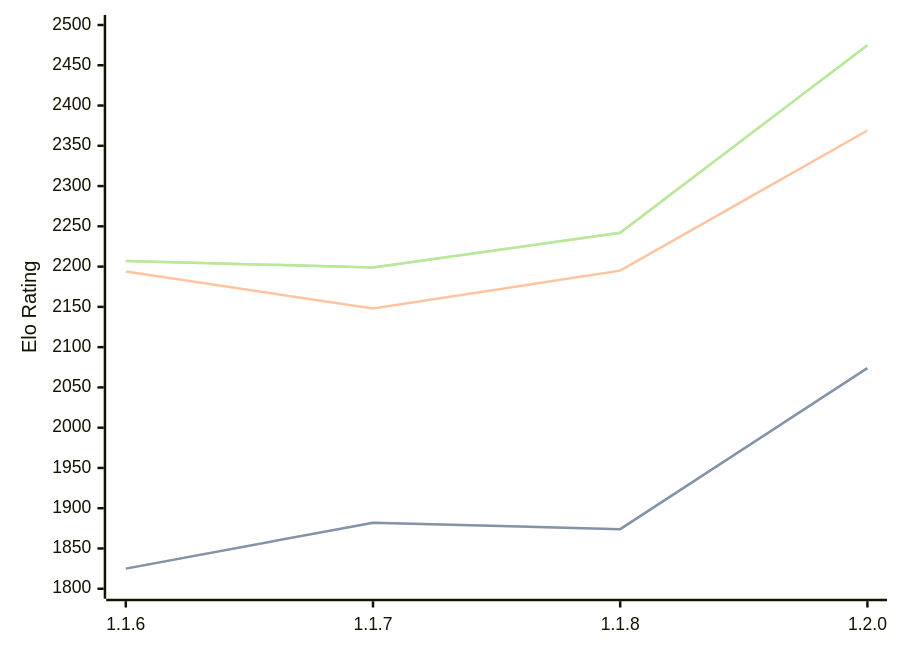
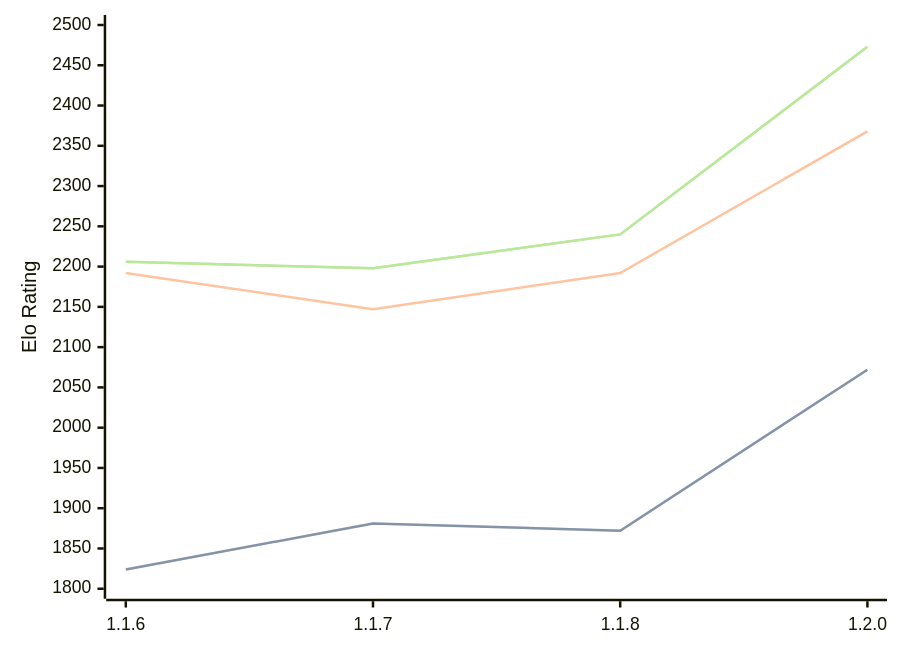
Before and after one commit to computer-chess-index/cci: the diagram in engines/Soomi.md, drawn with Mermaid. The commit also changed other lines of this file, not shown here.

Commit message:
Update CCI Ratings (ELO VLTC) - 2026-02-18

````diff
--- a/engines/Soomi.md
+++ b/engines/Soomi.md
@@ -31,11 +31,11 @@
 ```mermaid
 %%{init: {"theme":"base","themeVariables":{"seriesColors:['#a3a3a3','#222221','#faa371']}}}%%
 xychart-beta
   x-axis ["1.1.6", "1.1.7", "1.1.8", "1.2.0"]
   y-axis "Elo Rating" 1800 --> 2500
-  line "STC (8.0+0.08s)" [1825, 1882, 1874, 2074]
-  line "STC (8.0+0.08s)" [1825, 1882, 1874, 2074]
-  line "LTC (60.0+0.60s)" [2194, 2148, 2195, 2369]
-  line "VLTC (2m24s+1.12s)" [2207, 2199, 2242, 2475]
-  line "VLTC (2m24s+1.12s)" [2207, 2199, 2242, 2475]
+  line "STC (8.0+0.08s)" [1824, 1881, 1872, 2072]
+  line "STC (8.0+0.08s)" [1824, 1881, 1872, 2072]
+  line "LTC (60.0+0.60s)" [2192, 2147, 2192, 2368]
+  line "VLTC (2m24s+1.12s)" [2206, 2198, 2240, 2473]
+  line "VLTC (2m24s+1.12s)" [2206, 2198, 2240, 2473]
 ```
````
